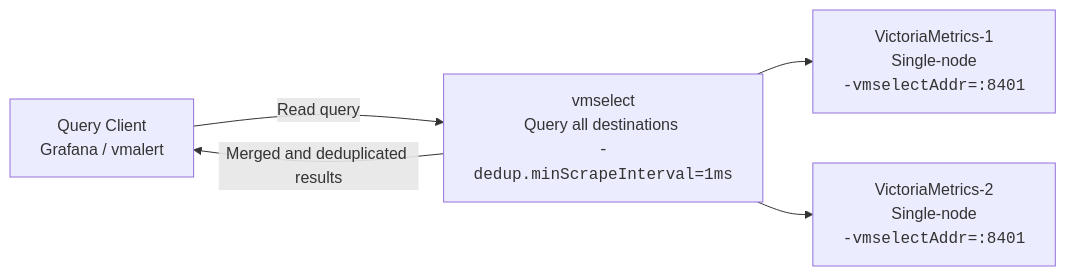
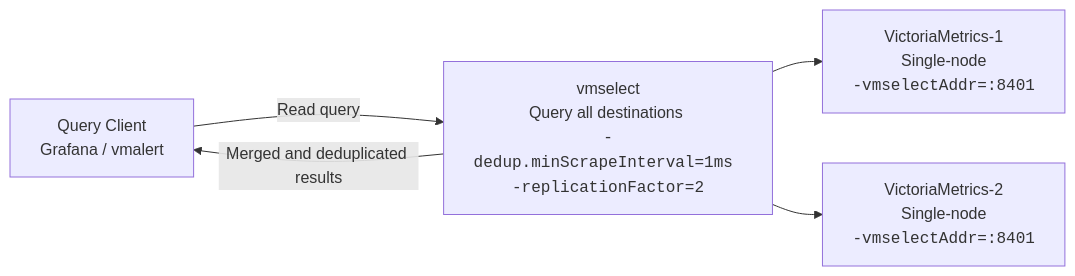
The second of 2 diagrams in docs/victoriametrics/README.md (VictoriaMetrics/VictoriaMetrics), drawn with Mermaid before and after one commit. The commit also changed other lines of this file, not shown here.

Commit message:
mention replicationFactor

````diff
--- a/docs/victoriametrics/README.md
+++ b/docs/victoriametrics/README.md
@@ -1322,16 +1322,16 @@
 ```mermaid
 flowchart LR
     Client["Query Client<br/>Grafana / vmalert"]
 
-    VMSELECT["vmselect<br/>Query all destinations <br><code>-dedup.minScrapeInterval=1ms</code>"]
+    VMSELECT["vmselect<br/>Query all destinations <br><code>-dedup.minScrapeInterval=1ms -replicationFactor=2</code>"]
 
     VM1["VictoriaMetrics-1<br/>Single-node<br/><code>-vmselectAddr=:8401</code>"]
     VM2["VictoriaMetrics-2<br/>Single-node<br/><code>-vmselectAddr=:8401</code>"]
 
     Client -->|"Read query"| VMSELECT
 
     VMSELECT --> VM1
     VMSELECT --> VM2
 
     VMSELECT -->|"Merged and deduplicated results"| Client
 ```
````
